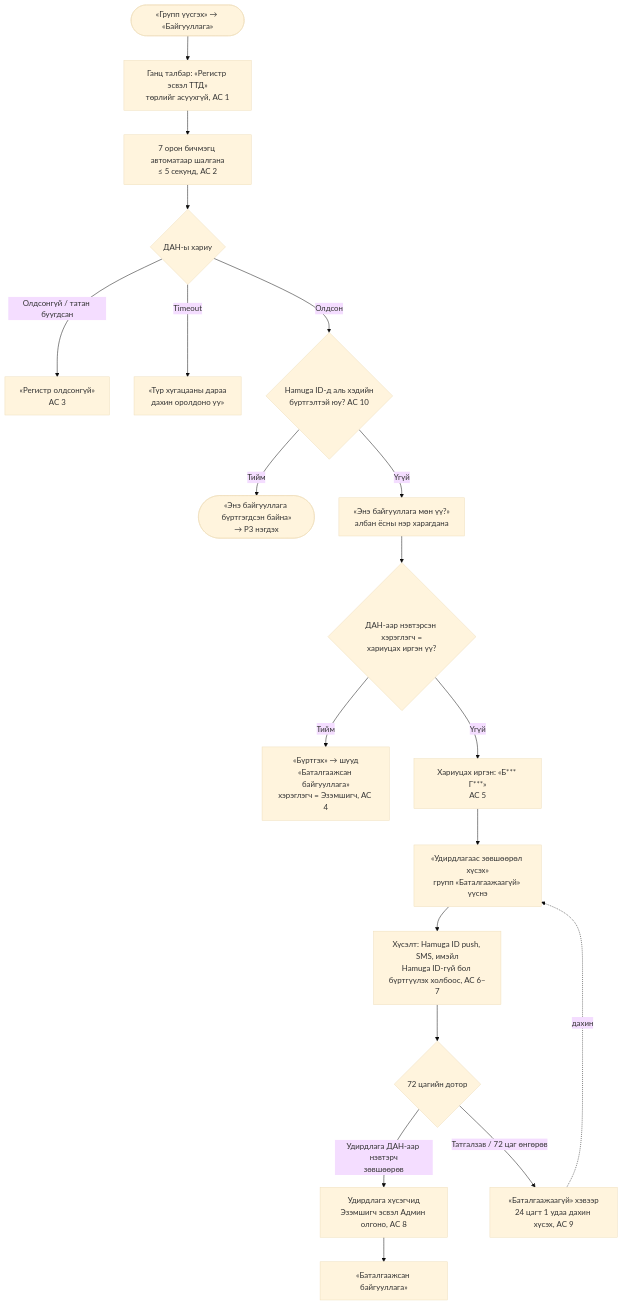
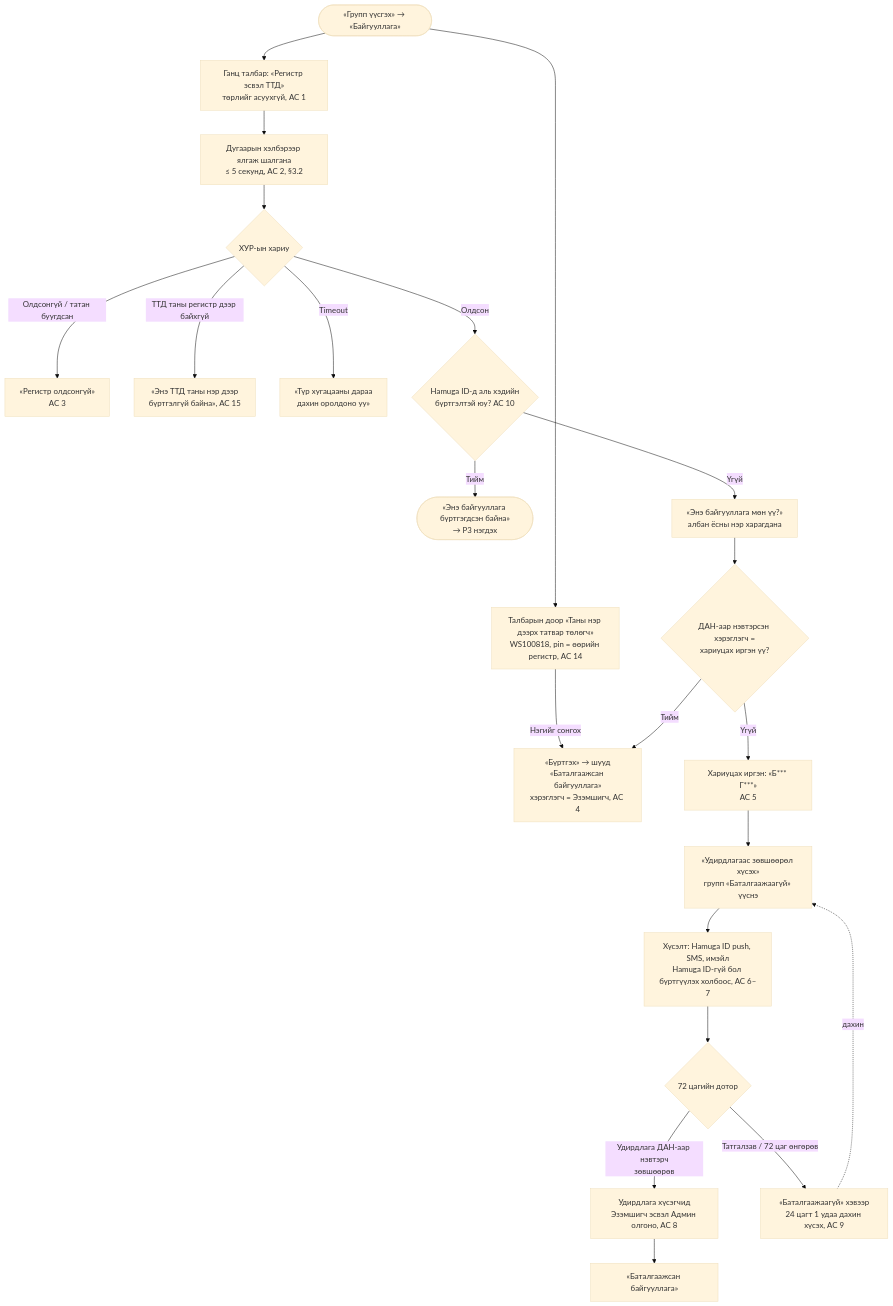
Before and after one commit to zayaennnn-arch/ID-Group: the third of 12 diagrams in docs/requirements/process-map-group-org-mn.md, drawn with Mermaid (base theme). The commit also changed other lines of this file and 3 other files, not shown here.

````diff
--- a/docs/requirements/process-map-group-org-mn.md
+++ b/docs/requirements/process-map-group-org-mn.md
@@ -103,23 +104,26 @@
 ```mermaid
 flowchart TD
     S(["«Групп үүсгэх» → «Байгууллага»"]) --> IN["Ганц талбар: «Регистр эсвэл ТТД»<br/>төрлийг асуухгүй, AC 1"]
-    IN --> CHK["7 орон бичмэгц автоматаар шалгана<br/>≤ 5 секунд, AC 2"]
-    CHK --> SRC{"ДАН-ы хариу"}
+    S --> MY["Талбарын доор «Таны нэр дээрх татвар төлөгч»<br/>WS100818, pin = өөрийн регистр, AC 14"]
+    MY -- "Нэгийг сонгох" --> OK
+    IN --> CHK["Дугаарын хэлбэрээр ялгаж шалгана<br/>≤ 5 секунд, AC 2, §3.2"]
+    CHK --> SRC{"ХУР-ын хариу"}
     SRC -- "Олдсонгүй / татан буугдсан" --> E1["«Регистр олдсонгүй»<br/>AC 3"]
+    SRC -- "ТТД таны регистр дээр байхгүй" --> E3["«Энэ ТТД таны нэр дээр<br/>бүртгэлгүй байна», AC 15"]
     SRC -- "Timeout" --> E2["«Түр хугацааны дараа<br/>дахин оролдоно уу»"]
     SRC -- "Олдсон" --> DUP{"Hamuga ID-д аль хэдийн<br/>бүртгэлтэй юу? AC 10"}
     DUP -- "Тийм" --> J(["«Энэ байгууллага бүртгэгдсэн байна»<br/>→ P3 нэгдэх"])
     DUP -- "Үгүй" --> NAME["«Энэ байгууллага мөн үү?»<br/>албан ёсны нэр харагдана"]
     NAME --> WHO{"ДАН-аар нэвтэрсэн хэрэглэгч =<br/>хариуцах иргэн үү?"}
 
     WHO -- "Тийм" --> OK["«Бүртгэх» → шууд<br/>«Баталгаажсан байгууллага»<br/>хэрэглэгч = Эзэмшигч, AC 4"]
 
     WHO -- "Үгүй" --> MASK["Хариуцах иргэн: «Б*** Г***»<br/>AC 5"]
     MASK --> REQ["«Удирдлагаас зөвшөөрөл хүсэх»<br/>групп «Баталгаажаагүй» үүснэ"]
     REQ --> SEND["Хүсэлт: Hamuga ID push, SMS, имэйл<br/>Hamuga ID-гүй бол бүртгүүлэх холбоос, AC 6–7"]
     SEND --> WAIT{"72 цагийн дотор"}
     WAIT -- "Удирдлага ДАН-аар нэвтэрч<br/>зөвшөөрөв" --> ROLE["Удирдлага хүсэгчид<br/>Эзэмшигч эсвэл Админ олгоно, AC 8"]
     ROLE --> OK2["«Баталгаажсан байгууллага»"]
     WAIT -- "Татгалзав / 72 цаг өнгөрөв" --> NO["«Баталгаажаагүй» хэвээр<br/>24 цагт 1 удаа дахин хүсэх, AC 9"]
     NO -. "дахин" .-> REQ
 ```
````
